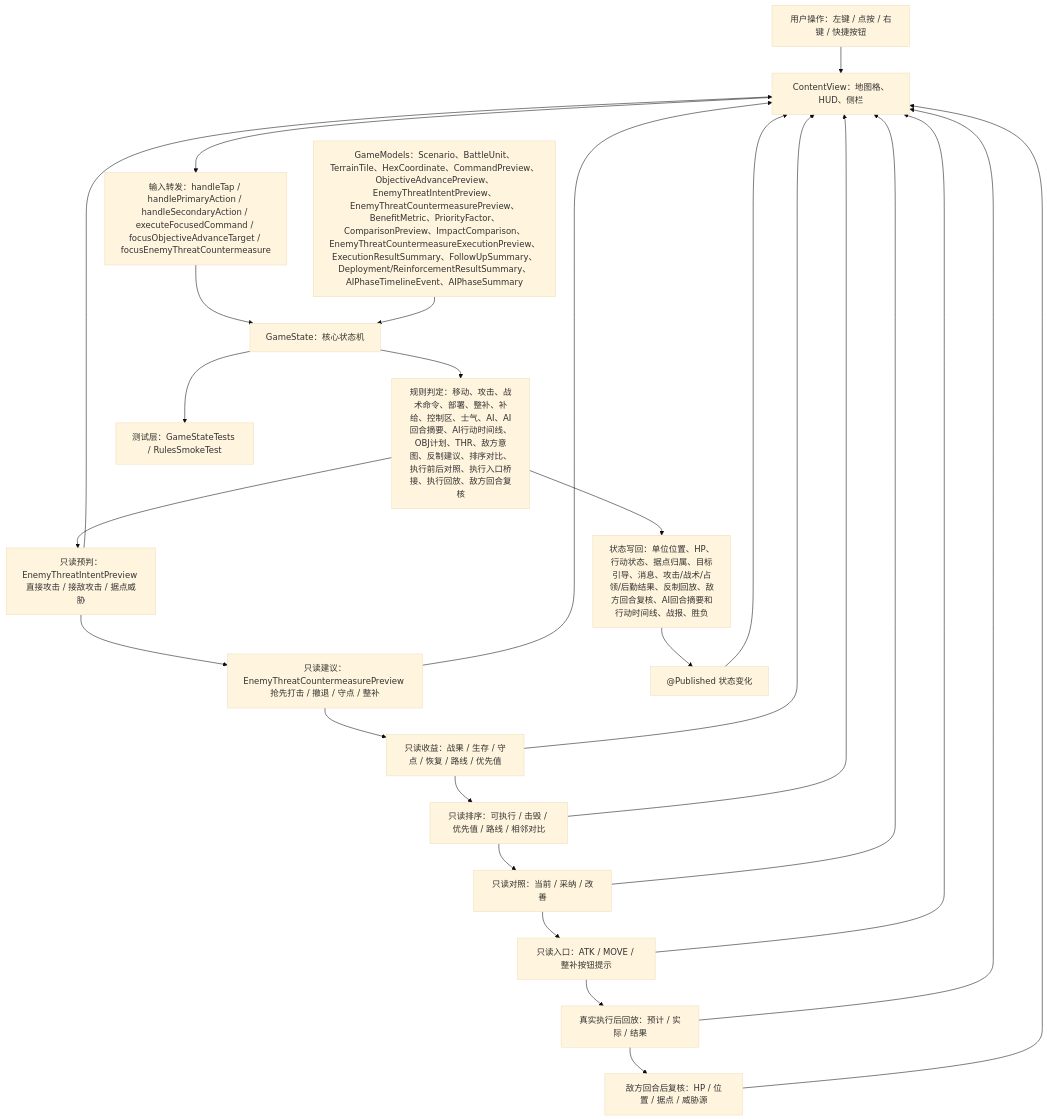
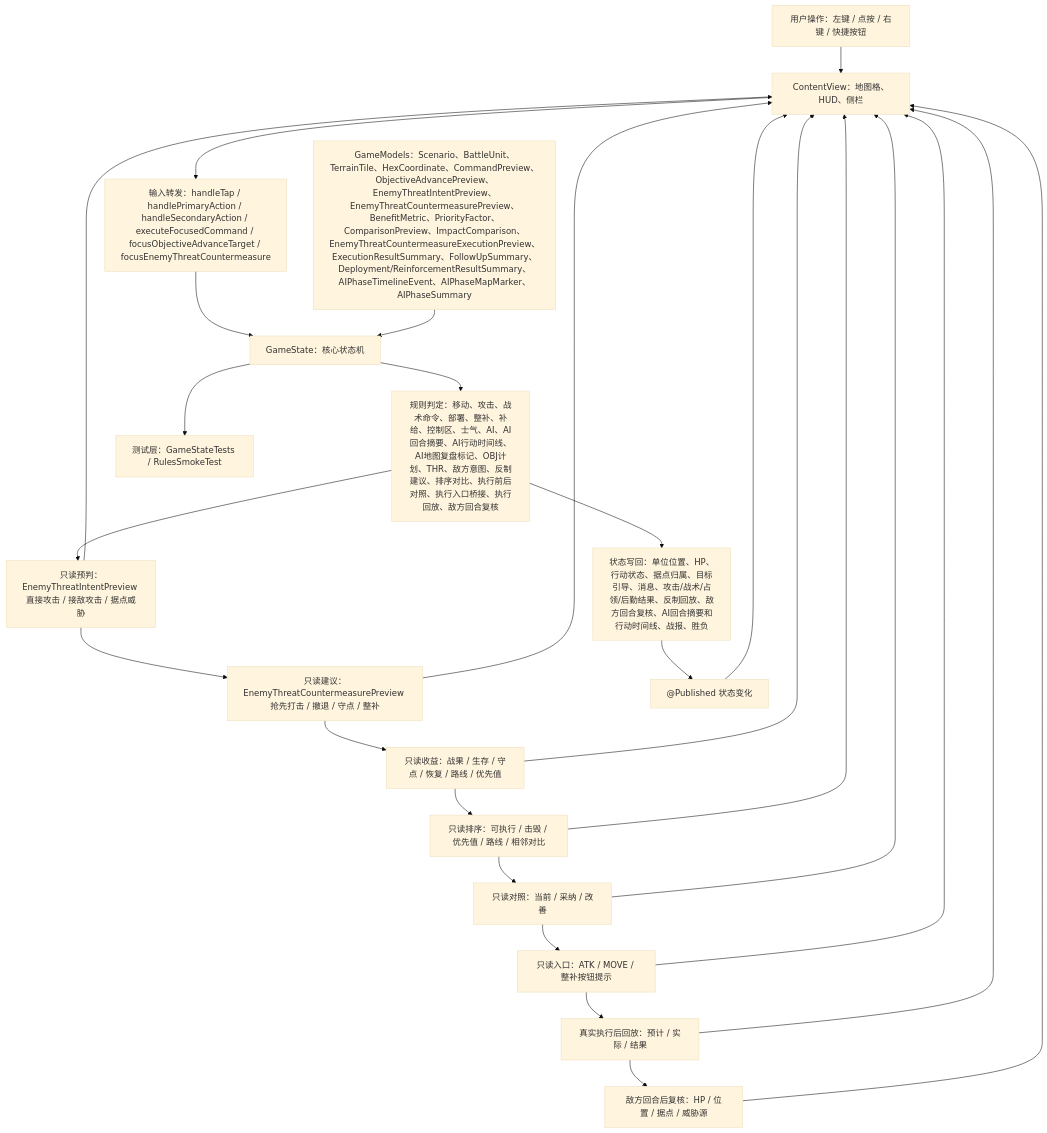
The first of 5 diagrams in md/flow/flowchart.md (Altman-sam114/116), drawn with Mermaid (base theme) before and after one commit. The commit also changed other lines of this file and 10 other files, not shown here.

Commit message:
v1.21: 增加AI行动地图复盘标记

````diff
--- a/md/flow/flowchart.md
+++ b/md/flow/flowchart.md
@@ -9,28 +9,28 @@
 ```mermaid
 flowchart TD
   U["用户操作：左键 / 点按 / 右键 / 快捷按钮"] --> V["ContentView：地图格、HUD、侧栏"]
   V --> I["输入转发：handleTap / handlePrimaryAction / handleSecondaryAction / executeFocusedCommand / focusObjectiveAdvanceTarget / focusEnemyThreatCountermeasure"]
   I --> S["GameState：核心状态机"]
-  M["GameModels：Scenario、BattleUnit、TerrainTile、HexCoordinate、CommandPreview、ObjectiveAdvancePreview、EnemyThreatIntentPreview、EnemyThreatCountermeasurePreview、BenefitMetric、PriorityFactor、ComparisonPreview、ImpactComparison、EnemyThreatCountermeasureExecutionPreview、ExecutionResultSummary、FollowUpSummary、Deployment/ReinforcementResultSummary、AIPhaseTimelineEvent、AIPhaseSummary"] --> S
-  S --> R["规则判定：移动、攻击、战术命令、部署、整补、补给、控制区、士气、AI、AI回合摘要、AI行动时间线、OBJ计划、THR、敌方意图、反制建议、排序对比、执行前后对照、执行入口桥接、执行回放、敌方回合复核"]
+  M["GameModels：Scenario、BattleUnit、TerrainTile、HexCoordinate、CommandPreview、ObjectiveAdvancePreview、EnemyThreatIntentPreview、EnemyThreatCountermeasurePreview、BenefitMetric、PriorityFactor、ComparisonPreview、ImpactComparison、EnemyThreatCountermeasureExecutionPreview、ExecutionResultSummary、FollowUpSummary、Deployment/ReinforcementResultSummary、AIPhaseTimelineEvent、AIPhaseMapMarker、AIPhaseSummary"] --> S
+  S --> R["规则判定：移动、攻击、战术命令、部署、整补、补给、控制区、士气、AI、AI回合摘要、AI行动时间线、AI地图复盘标记、OBJ计划、THR、敌方意图、反制建议、排序对比、执行前后对照、执行入口桥接、执行回放、敌方回合复核"]
   R --> W["状态写回：单位位置、HP、行动状态、据点归属、目标引导、消息、攻击/战术/占领/后勤结果、反制回放、敌方回合复核、AI回合摘要和行动时间线、战报、胜负"]
   R --> EI["只读预判：EnemyThreatIntentPreview 直接攻击 / 接敌攻击 / 据点威胁"]
   EI --> EC["只读建议：EnemyThreatCountermeasurePreview 抢先打击 / 撤退 / 守点 / 整补"]
   EC --> BM["只读收益：战果 / 生存 / 守点 / 恢复 / 路线 / 优先值"]
   BM --> PC["只读排序：可执行 / 击毁 / 优先值 / 路线 / 相邻对比"]
   PC --> IP["只读对照：当前 / 采纳 / 改善"]
   IP --> EB["只读入口：ATK / MOVE / 整补按钮提示"]
   EB --> XR["真实执行后回放：预计 / 实际 / 结果"]
   XR --> FV["敌方回合后复核：HP / 位置 / 据点 / 威胁源"]
   W --> P["@Published 状态变化"]
   P --> V
   EI --> V
   EC --> V
   BM --> V
   PC --> V
   IP --> V
   EB --> V
   XR --> V
   FV --> V
   S --> T["测试层：GameStateTests / RulesSmokeTest"]
 ```
````
